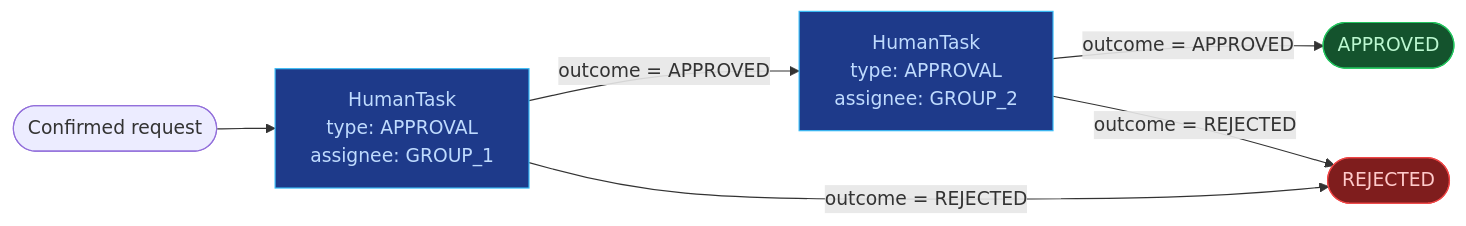
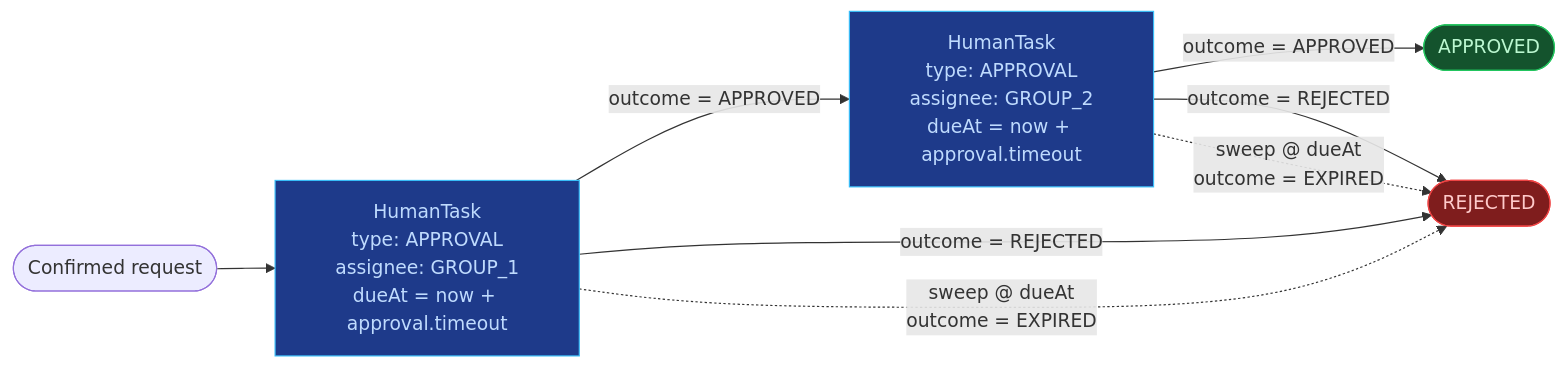
Before and after one commit to mattmeye/quarkus-flow-example: the third of 5 diagrams in README.md, drawn with Mermaid. The commit also changed other lines of this file, not shown here.

First line of the commit message:
docs: surface task expiration in the high-level flow diagrams

````diff
--- a/README.md
+++ b/README.md
@@ -59,15 +68,17 @@
 ```mermaid
 flowchart LR
-    Start([Confirmed request]) --> G1["HumanTask<br/>type: APPROVAL<br/>assignee: GROUP_1"]
-    G1 -- "outcome = APPROVED" --> G2["HumanTask<br/>type: APPROVAL<br/>assignee: GROUP_2"]
+    Start([Confirmed request]) --> G1["HumanTask<br/>type: APPROVAL<br/>assignee: GROUP_1<br/>dueAt = now + approval.timeout"]
+    G1 -- "outcome = APPROVED" --> G2["HumanTask<br/>type: APPROVAL<br/>assignee: GROUP_2<br/>dueAt = now + approval.timeout"]
     G1 -- "outcome = REJECTED" --> Rej([REJECTED])
+    G1 -. "sweep @ dueAt<br/>outcome = EXPIRED" .-> Rej
     G2 -- "outcome = APPROVED" --> Appr([APPROVED])
     G2 -- "outcome = REJECTED" --> Rej
+    G2 -. "sweep @ dueAt<br/>outcome = EXPIRED" .-> Rej
 
     classDef task     fill:#1e3a8a,stroke:#38bdf8,color:#bfdbfe
     classDef terminal fill:#14532d,stroke:#22c55e,color:#bbf7d0
     classDef reject   fill:#7f1d1d,stroke:#ef4444,color:#fecaca
     class G1,G2 task
     class Appr terminal
     class Rej reject
 ```
````
